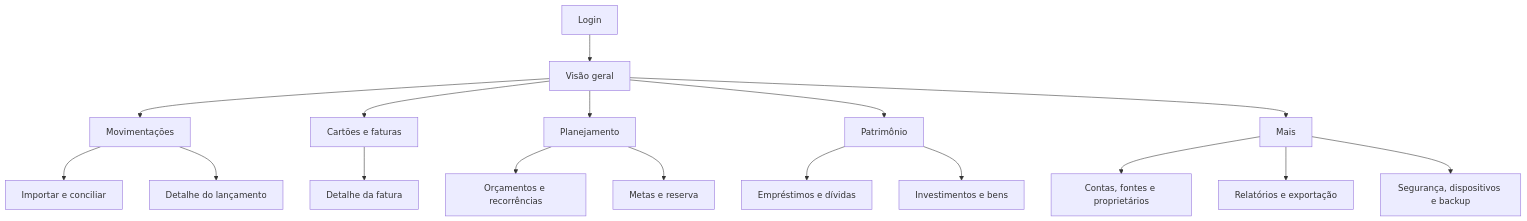
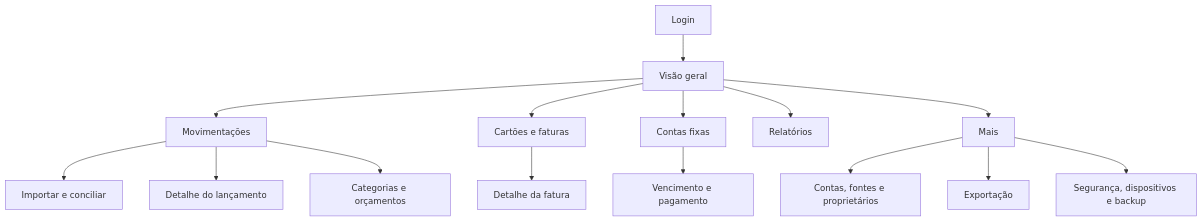
The fourth of 4 diagrams in PRD.md (Ludsonfrancisco/finanpy), drawn with Mermaid before and after one commit. The commit also changed other lines of this file and 13 other files, not shown here.

````diff
--- a/PRD.md
+++ b/PRD.md
@@ -355,19 +393,17 @@
 ```mermaid
 flowchart TB
     Login["Login"] --> Home["Visão geral"]
     Home --> Activity["Movimentações"]
     Home --> Cards["Cartões e faturas"]
-    Home --> Plan["Planejamento"]
-    Home --> Wealth["Patrimônio"]
+    Home --> Bills["Contas fixas"]
+    Home --> Reports["Relatórios"]
     Activity --> Import["Importar e conciliar"]
     Activity --> Detail["Detalhe do lançamento"]
     Cards --> Statement["Detalhe da fatura"]
-    Plan --> Budgets["Orçamentos e recorrências"]
-    Plan --> Goals["Metas e reserva"]
-    Wealth --> Loans["Empréstimos e dívidas"]
-    Wealth --> Investments["Investimentos e bens"]
+    Bills --> BillDetail["Vencimento e pagamento"]
+    Activity --> Budgets["Categorias e orçamentos"]
     Home --> More["Mais"]
     More --> Sources["Contas, fontes e proprietários"]
-    More --> Reports["Relatórios e exportação"]
+    More --> Export["Exportação"]
     More --> Settings["Segurança, dispositivos e backup"]
 ```
````
